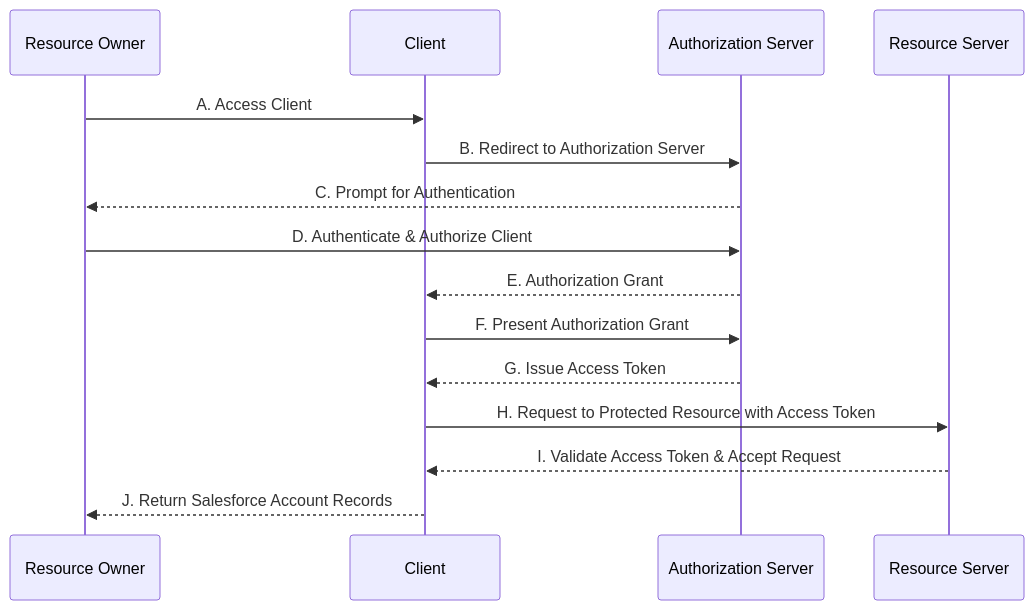
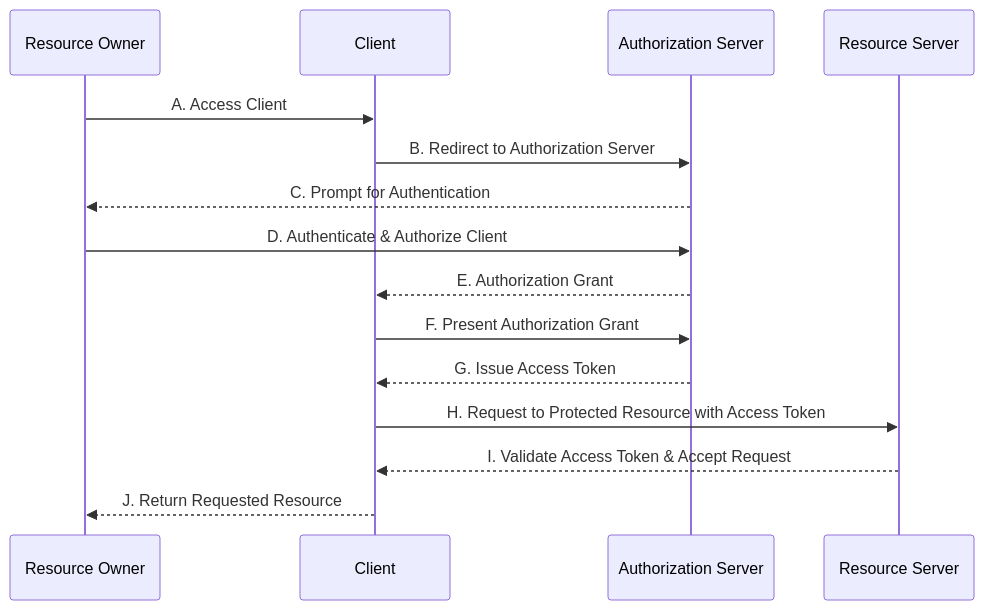
The diagram in src/_tech/article/OAuth- Sequence_Diagram.md (YamazakiNorihito/jekyll-serif-theme), drawn with Mermaid before and after one commit. The commit also changed other lines of this file and 1 other file, not shown here.

Commit message:
OAuthのフロー図の説明を今村さん、わくさんから指摘もらったので 文章を修正した。

````diff
--- a/src/_tech/article/OAuth- Sequence_Diagram.md
+++ b/src/_tech/article/OAuth- Sequence_Diagram.md
@@ -22,20 +16,20 @@
 ```mermaid
 
   sequenceDiagram
       participant ResourceOwner as Resource Owner
       participant Client as Client
       participant AuthServer as Authorization Server
       participant ResourceServer as Resource Server
       
       ResourceOwner->>Client: A. Access Client
       Client->>AuthServer: B. Redirect to Authorization Server
       AuthServer-->>ResourceOwner: C. Prompt for Authentication
       ResourceOwner->>AuthServer: D. Authenticate & Authorize Client
       AuthServer-->>Client: E. Authorization Grant
       Client->>AuthServer: F. Present Authorization Grant
       AuthServer-->>Client: G. Issue Access Token
       Client->>ResourceServer: H. Request to Protected Resource with Access Token
       ResourceServer-->>Client: I. Validate Access Token & Accept Request
-      Client-->>ResourceOwner: J. Return Salesforce Account Records
+      Client-->>ResourceOwner: J. Return Requested Resource
 
 ```
````
